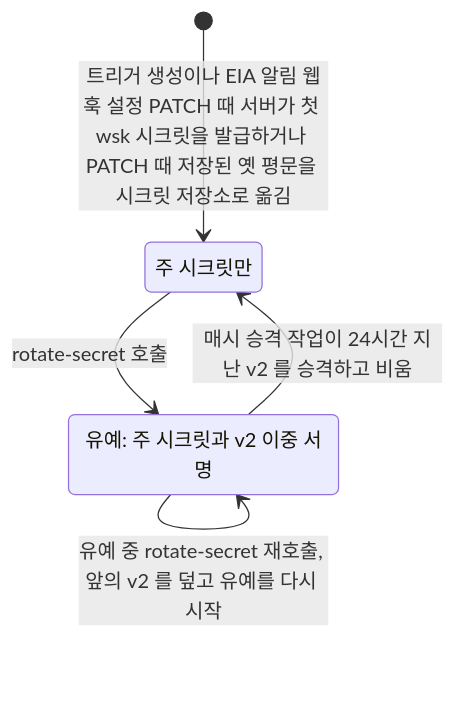
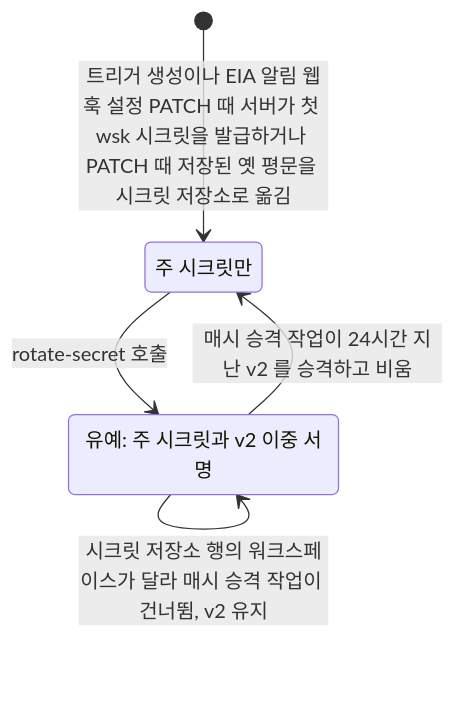
Before and after one commit to worker-ants/clemvion: the seventh of 7 diagrams in spec/CLE-IX/CLE-EIA-DATA.md, drawn with Mermaid. The commit also changed other lines of this file and 8 other files, not shown here.

````diff
--- a/spec/CLE-IX/CLE-EIA-DATA.md
+++ b/spec/CLE-IX/CLE-EIA-DATA.md
@@ -431,9 +433,10 @@
 ```mermaid
 stateDiagram-v2
   state "주 시크릿만" as Primary
   state "유예: 주 시크릿과 v2 이중 서명" as Grace
   [*] --> Primary: 트리거 생성이나 EIA 알림 웹훅 설정 PATCH 때 서버가 첫 wsk 시크릿을 발급하거나 PATCH 때 저장된 옛 평문을 시크릿 저장소로 옮김
   Primary --> Grace: rotate-secret 호출
   Grace --> Grace: 유예 중 rotate-secret 재호출, 앞의 v2 를 덮고 유예를 다시 시작
   Grace --> Primary: 매시 승격 작업이 24시간 지난 v2 를 승격하고 비움
+  Grace --> Grace: 시크릿 저장소 행의 워크스페이스가 달라 매시 승격 작업이 건너뜀, v2 유지
 ```
````
